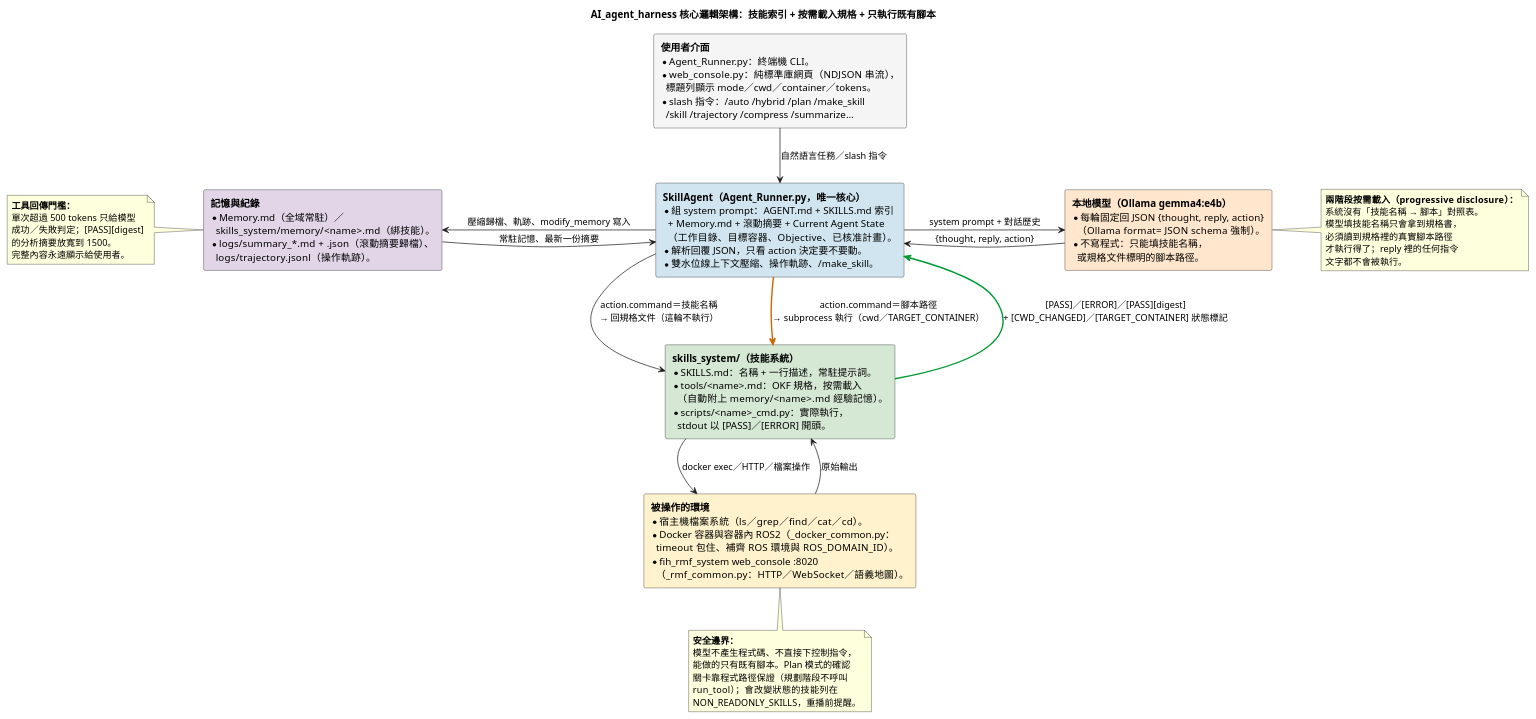
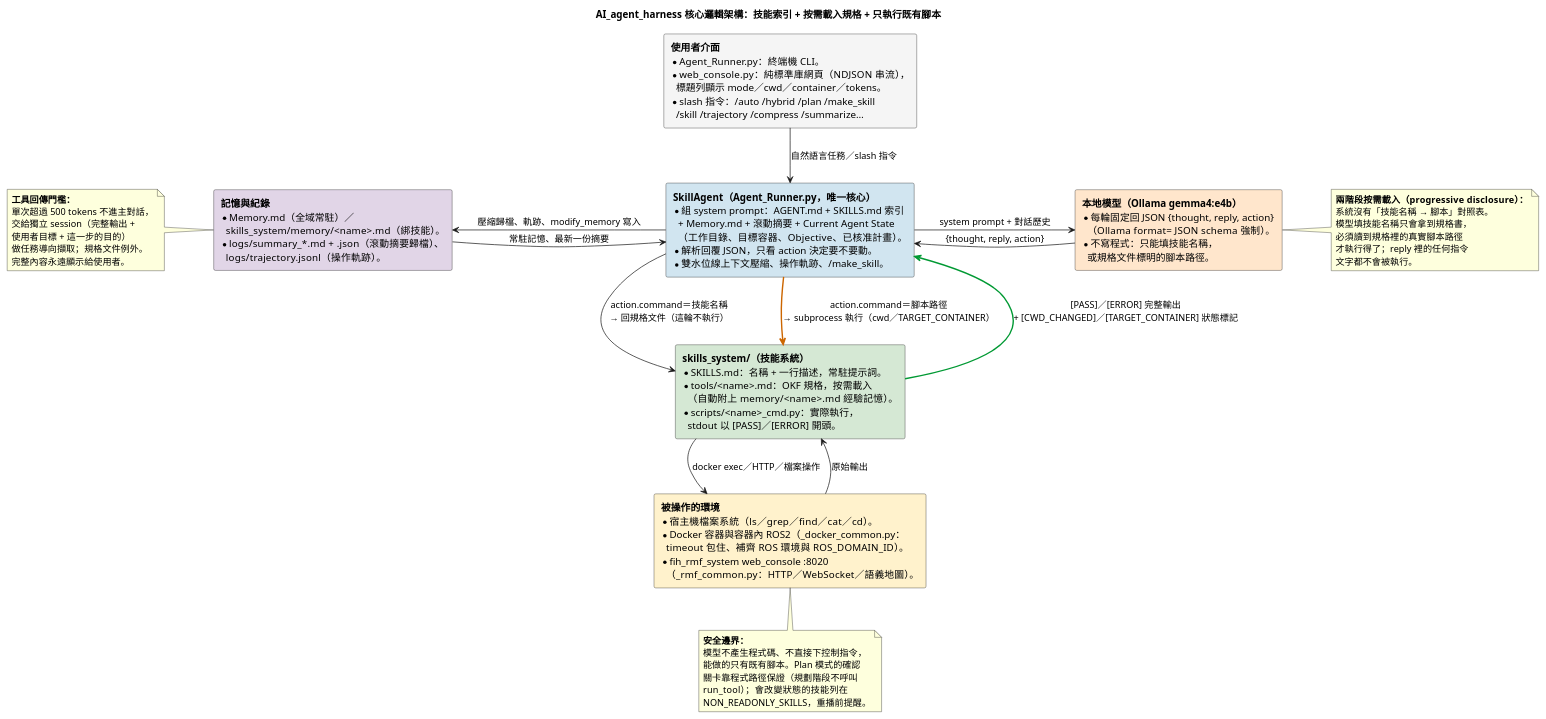
The diagram in doc/AI_agent_harness的說明.puml (DavidZox/AI_agent_harness), drawn with PlantUML before and after one commit. The commit also changed 15 other files, not shown here.

```diff
--- a/doc/AI_agent_harness的說明.puml
+++ b/doc/AI_agent_harness的說明.puml
@@ -1,100 +1,101 @@
 @startuml
 ' --- 樣式精準控制 ---
 skinparam RectangleWidthMax 350
 skinparam ranksep 60
 skinparam nodesep 70
 skinparam shadowing false
 skinparam defaultFontName "Microsoft JhengHei"
 
 title AI_agent_harness 核心邏輯架構：技能索引 + 按需載入規格 + 只執行既有腳本
 
 rectangle NodeUser #F5F5F5 [
   **使用者介面**
   * Agent_Runner.py：終端機 CLI。
   * web_console.py：純標準庫網頁（NDJSON 串流），
     標題列顯示 mode／cwd／container／tokens。
   * slash 指令：/auto /hybrid /plan /make_skill
     /skill /trajectory /compress /summarize…
 ]
 
 rectangle NodeAgent #D1E5F0 [
   **SkillAgent（Agent_Runner.py，唯一核心）**
   * 組 system prompt：AGENT.md + SKILLS.md 索引
     + Memory.md + 滾動摘要 + Current Agent State
     （工作目錄、目標容器、Objective、已核准計畫）。
   * 解析回覆 JSON，只看 action 決定要不要動。
   * 雙水位線上下文壓縮、操作軌跡、/make_skill。
 ]
 
 rectangle NodeLLM #FFE6CC [
   **本地模型（Ollama gemma4:e4b）**
   * 每輪固定回 JSON {thought, reply, action}
     （Ollama format= JSON schema 強制）。
   * 不寫程式：只能填技能名稱，
     或規格文件標明的腳本路徑。
 ]
 
 rectangle NodeSkills #D5E8D4 [
   **skills_system/（技能系統）**
   * SKILLS.md：名稱 + 一行描述，常駐提示詞。
   * tools/<name>.md：OKF 規格，按需載入
     （自動附上 memory/<name>.md 經驗記憶）。
   * scripts/<name>_cmd.py：實際執行，
     stdout 以 [PASS]／[ERROR] 開頭。
 ]
 
 rectangle NodeWorld #FFF2CC [
   **被操作的環境**
   * 宿主機檔案系統（ls／grep／find／cat／cd）。
   * Docker 容器與容器內 ROS2（_docker_common.py：
     timeout 包住、補齊 ROS 環境與 ROS_DOMAIN_ID）。
   * fih_rmf_system web_console :8020
     （_rmf_common.py：HTTP／WebSocket／語義地圖）。
 ]
 
 rectangle NodeMem #E1D5E7 [
   **記憶與紀錄**
   * Memory.md（全域常駐）／
     skills_system/memory/<name>.md（綁技能）。
   * logs/summary_*.md + .json（滾動摘要歸檔）、
     logs/trajectory.jsonl（操作軌跡）。
 ]
 
 NodeUser -down-> NodeAgent : 自然語言任務／slash 指令
 NodeAgent -right-> NodeLLM : system prompt + 對話歷史
 NodeLLM -left-> NodeAgent : {thought, reply, action}
 NodeAgent -down-> NodeSkills : action.command＝技能名稱\n→ 回規格文件（這輪不執行）
 NodeAgent -[#CC6600,bold]down-> NodeSkills : action.command＝腳本路徑\n→ subprocess 執行（cwd／TARGET_CONTAINER）
 NodeSkills -down-> NodeWorld : docker exec／HTTP／檔案操作
 NodeWorld -up-> NodeSkills : 原始輸出
-NodeSkills -[#009933,bold]up-> NodeAgent : [PASS]／[ERROR]／[PASS][digest]\n+ [CWD_CHANGED]／[TARGET_CONTAINER] 狀態標記
+NodeSkills -[#009933,bold]up-> NodeAgent : [PASS]／[ERROR] 完整輸出\n+ [CWD_CHANGED]／[TARGET_CONTAINER] 狀態標記
 NodeAgent -left-> NodeMem : 壓縮歸檔、軌跡、modify_memory 寫入
 NodeMem -right-> NodeAgent : 常駐記憶、最新一份摘要
 
 note right of NodeLLM
   **兩階段按需載入（progressive disclosure）：**
   系統沒有「技能名稱 → 腳本」對照表。
   模型填技能名稱只會拿到規格書，
   必須讀到規格裡的真實腳本路徑
   才執行得了；reply 裡的任何指令
   文字都不會被執行。
 end note
 
 note bottom of NodeWorld
   **安全邊界：**
   模型不產生程式碼、不直接下控制指令，
   能做的只有既有腳本。Plan 模式的確認
   關卡靠程式路徑保證（規劃階段不呼叫
   run_tool）；會改變狀態的技能列在
   NON_READONLY_SKILLS，重播前提醒。
 end note
 
 note left of NodeMem
   **工具回傳門檻：**
-  單次超過 500 tokens 只給模型
-  成功／失敗判定；[PASS][digest]
-  的分析摘要放寬到 1500。
+  單次超過 500 tokens 不進主對話，
+  交給獨立 session（完整輸出 +
+  使用者目標 + 這一步的目的）
+  做任務導向擷取；規格文件例外。
   完整內容永遠顯示給使用者。
 end note
 
 @enduml
```
